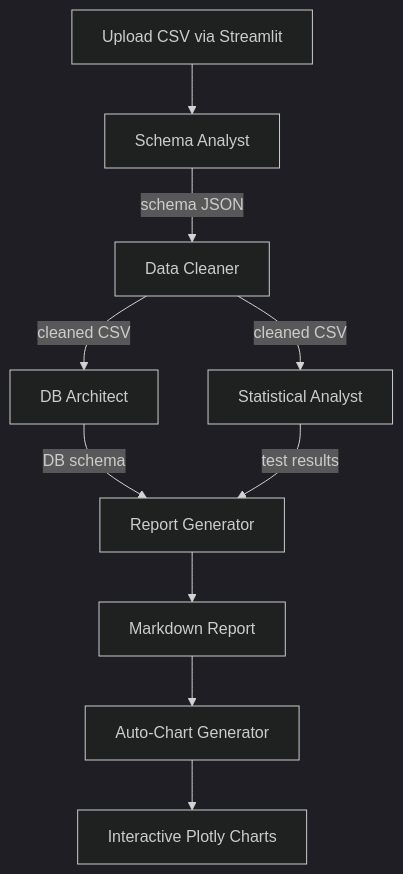
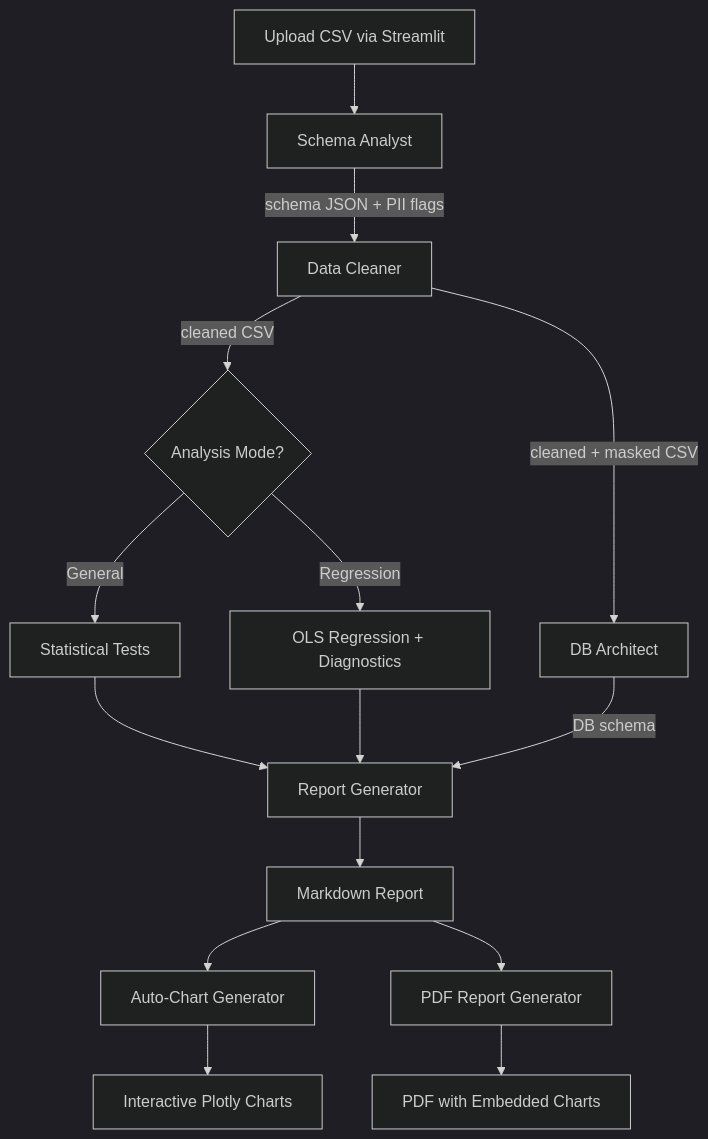
Before and after one commit to AdityaMehta2006/Stats_Engine_Agent: the diagram in README.md, drawn with Mermaid (dark theme). The commit also changed other lines of this file and 17 other files, not shown here.

Commit message:
FEAT: Better Analysis/ Linear Regression Compatability/ Updated db management/ PDF report generation

````diff
--- a/README.md
+++ b/README.md
@@ -220,12 +271,17 @@
 ```mermaid
 flowchart TD
     A["Upload CSV via Streamlit"] --> B["Schema Analyst"]
-    B -- "schema JSON" --> C["Data Cleaner"]
-    C -- "cleaned CSV" --> D["DB Architect"]
-    C -- "cleaned CSV" --> E["Statistical Analyst"]
-    D -- "DB schema" --> F["Report Generator"]
-    E -- "test results" --> F
-    F --> G["Markdown Report"]
-    G --> H["Auto-Chart Generator"]
-    H --> I["Interactive Plotly Charts"]
+    B -- "schema JSON + PII flags" --> C["Data Cleaner"]
+    C -- "cleaned + masked CSV" --> D["DB Architect"]
+    C -- "cleaned CSV" --> E{"Analysis Mode?"}
+    E -- "General" --> F["Statistical Tests"]
+    E -- "Regression" --> G["OLS Regression + Diagnostics"]
+    F --> H["Report Generator"]
+    G --> H
+    D -- "DB schema" --> H
+    H --> I["Markdown Report"]
+    I --> J["Auto-Chart Generator"]
+    J --> K["Interactive Plotly Charts"]
+    I --> L["PDF Report Generator"]
+    L --> M["PDF with Embedded Charts"]
 ```
````
